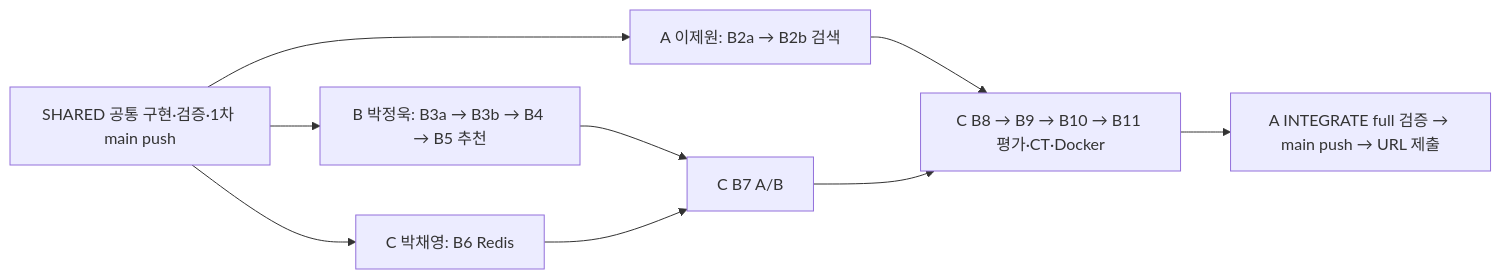
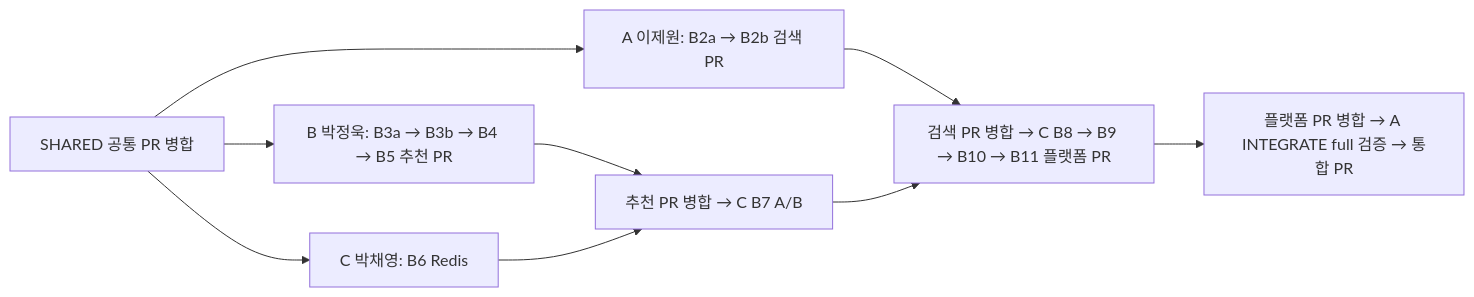
Before and after one commit to k-pang-2026/mm-recsys: the diagram in docs/team_workflow.md, drawn with Mermaid. The commit also changed other lines of this file and 19 other files, not shown here.

````diff
--- a/docs/team_workflow.md
+++ b/docs/team_workflow.md
@@ -15,11 +16,11 @@
 ```mermaid
 flowchart LR
-  S[SHARED 공통 구현·검증·1차 main push] --> A[A 이제원: B2a → B2b 검색]
-  S --> B[B 박정욱: B3a → B3b → B4 → B5 추천]
+  S[SHARED 공통 PR 병합] --> A[A 이제원: B2a → B2b 검색 PR]
+  S --> B[B 박정욱: B3a → B3b → B4 → B5 추천 PR]
   S --> C[C 박채영: B6 Redis]
-  B --> D[C B7 A/B]
+  B --> D[추천 PR 병합 → C B7 A/B]
   C --> D
-  A --> E[C B8 → B9 → B10 → B11 평가·CT·Docker]
+  A --> E[검색 PR 병합 → C B8 → B9 → B10 → B11 플랫폼 PR]
   D --> E
-  E --> F[A INTEGRATE full 검증 → main push → URL 제출]
+  E --> F[플랫폼 PR 병합 → A INTEGRATE full 검증 → 통합 PR]
 ```
````
